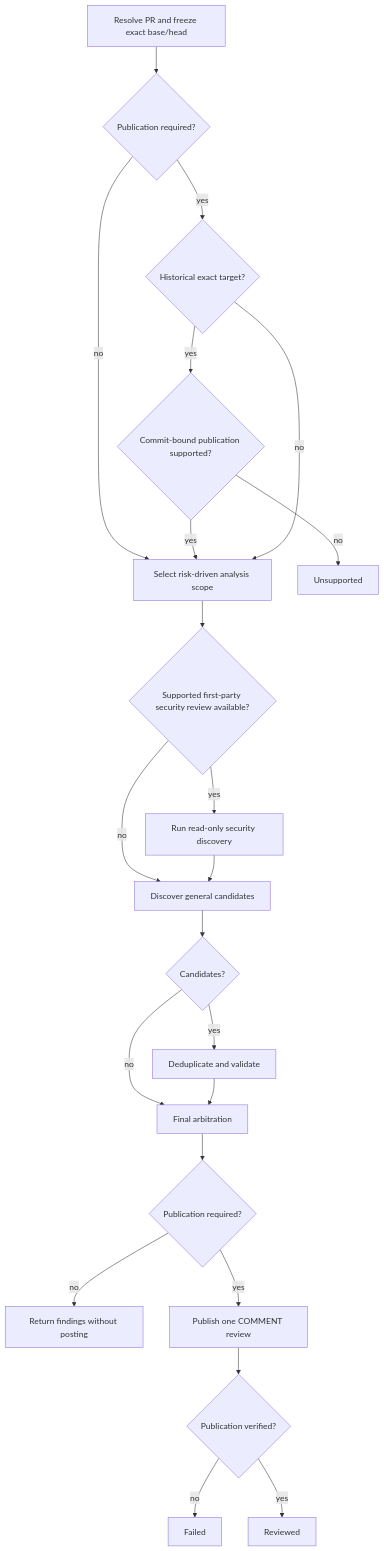
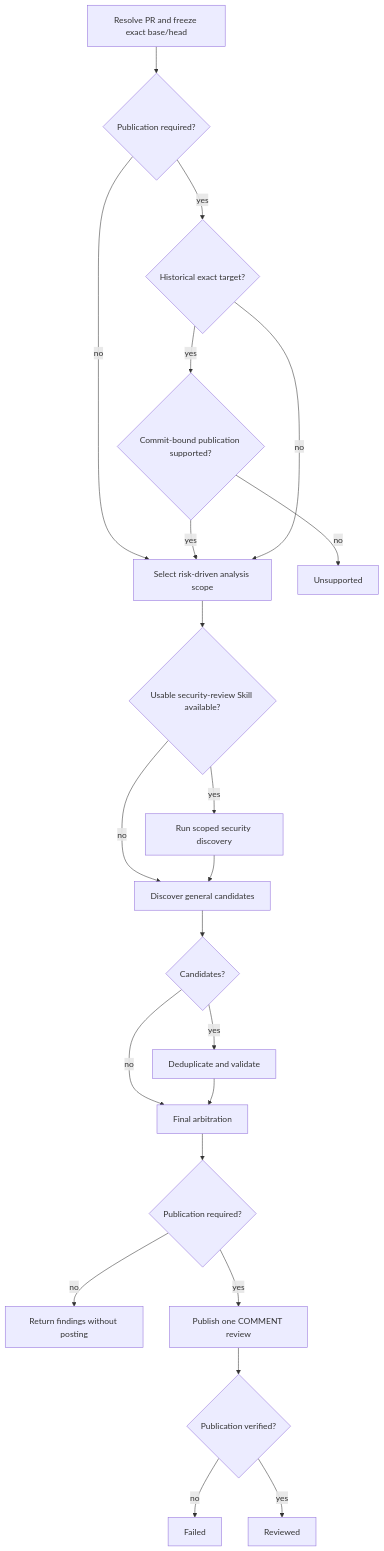
One commit to dceoy/pr-loop changed the diagram in skills/pr-review/SKILL.md. Above: the diagram before and after it, drawn with Mermaid. The commit also changed other lines of this file and 6 other files, not shown here.

First line of the commit message:
refactor: optional security-review skills in one Claude review action (#40)

````diff
--- a/skills/pr-review/SKILL.md
+++ b/skills/pr-review/SKILL.md
@@ -87,24 +71,24 @@
 ```mermaid
 flowchart TD
   A[Resolve PR and freeze exact base/head] --> B{Publication required?}
   B -->|no| D[Select risk-driven analysis scope]
   B -->|yes| C{Historical exact target?}
   C -->|yes| P{Commit-bound publication supported?}
   P -->|no| U[Unsupported]
   P -->|yes| D
   C -->|no| D
-  D --> S{Supported first-party security review available?}
-  S -->|yes| T[Run read-only security discovery]
+  D --> S{Usable security-review Skill available?}
+  S -->|yes| T[Run scoped security discovery]
   S -->|no| E[Discover general candidates]
   T --> E
   E --> F{Candidates?}
   F -->|yes| G[Deduplicate and validate]
   F -->|no| H[Clean arbitration]
   G --> H[Final arbitration]
   H --> I{Publication required?}
   I -->|no| R[Return findings without posting]
   I -->|yes| J[Publish one COMMENT review]
   J --> K{Publication verified?}
   K -->|no| X[Failed]
   K -->|yes| Z[Reviewed]
 ```
````
